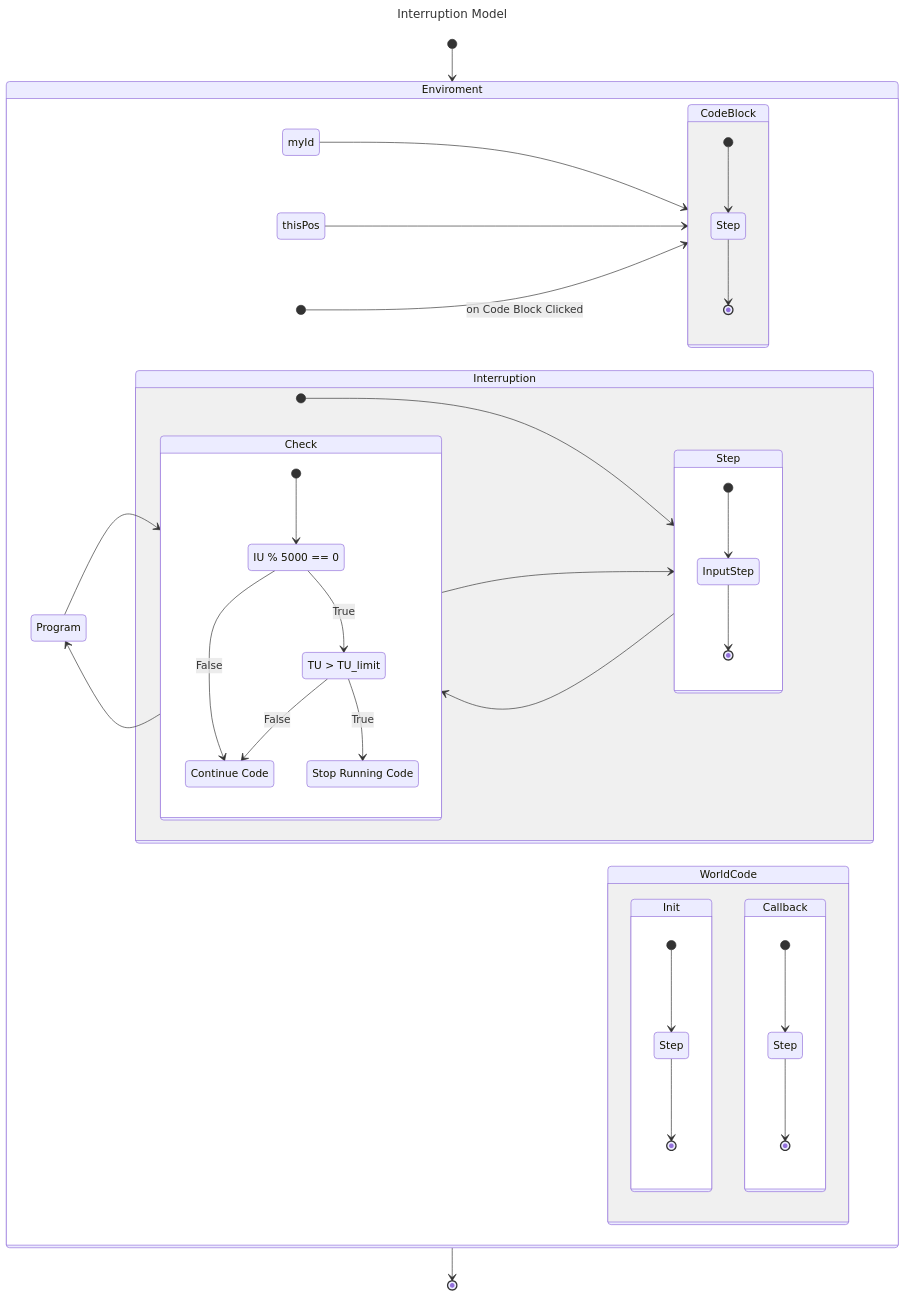
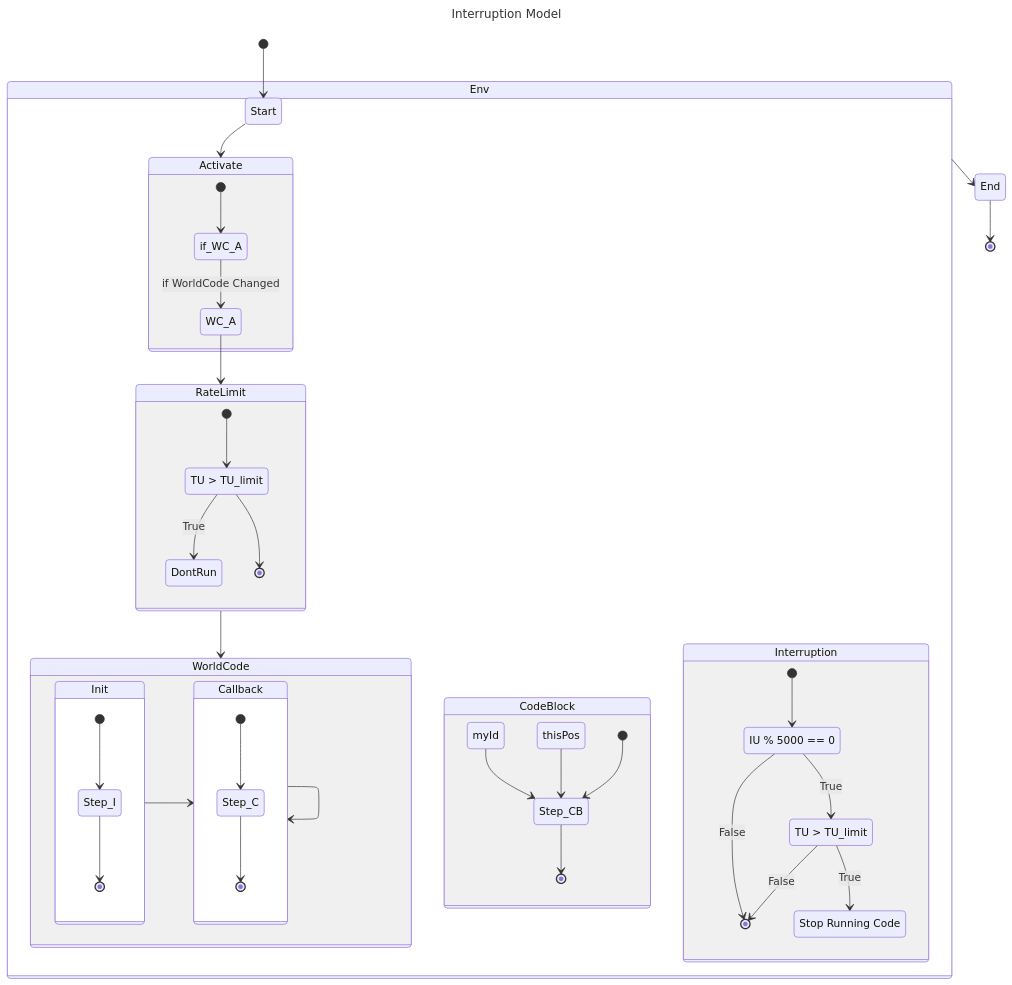
One commit to GlitchHunterCoder/GlitchHunterCoder changed the diagram in README.md. Above: the diagram before and after it, drawn with Mermaid.

````diff
--- a/README.md
+++ b/README.md
@@ -32,55 +32,61 @@
 ```mermaid
 ---
 title: Interruption Model
 ---
 stateDiagram-v2
-  [*] --> Enviroment
-  Enviroment --> [*]
-  state Enviroment {
-    direction LR
-    myId --> CodeBlock
-    thisPos --> CodeBlock
-    [*] --> CodeBlock: on Code Block Clicked
-    Program --> Check
-    Check --> Program
+  [*] --> Start
+  Env --> End
+  End --> [*]
+  state Env {
+    Start --> Activate
+    RateLimit --> WorldCode
+    state Activate {
+      [*] --> if_WC_A
+      if_WC_A --> WC_A: if WorldCode Changed
+      WC_A --> RateLimit
+    }
     
     state CodeBlock {
-      A: Step
-      [*] --> A
-      A --> [*]
+      myId --> Step_CB
+      thisPos --> Step_CB
+      [*] --> Step_CB
+      Step_CB --> [*]
     }
     
     state WorldCode {
+      direction LR
+      Init --> Callback
+      Callback --> Callback
+      
       state Init {
-        B: Step
-        [*] --> B
-        B --> [*]
+        [*] --> Step_I
+        Step_I --> [*]
       }
+      
       state Callback {
-        C: Step
-        [*] --> C
-        C --> [*]
+        [*] --> Step_C
+        Step_C --> [*]
       }
     }
     state Interruption {
-      [*] --> Step
-      Step --> Check
-      Check --> Step
-      state Step {
-        [*] --> InputStep
-        InputStep --> [*]
-      }
-      state Check {
-        [*] --> IU
-        IU: IU % 5000 == 0
-        IU --> Cont: False
-        IU --> TU: True
-        TU: TU > TU_limit
-        TU --> StopCode: True
-        StopCode: Stop Running Code
-        TU --> Cont: False
-        Cont: Continue Code
-      }
+      [*] --> IU
+      IU: IU % 5000 == 0
+      IU --> [*]: False
+      IU --> TU: True
+      TU: TU > TU_limit
+      TU --> StopCode: True
+      StopCode: Stop Running Code
+      TU --> [*]: False
+      [*]
+    }
+    
+    state RateLimit {
+      classDef Halt fill:#f00,color:white,font-weight:bold,stroke-width:2px,stroke:black
+      [*] --> RT
+      RT: TU > TU_limit
+      RT --> DontRun: True
+      class DontRun Halt
+      RT --> [*]
     }
   }
 ```
````
